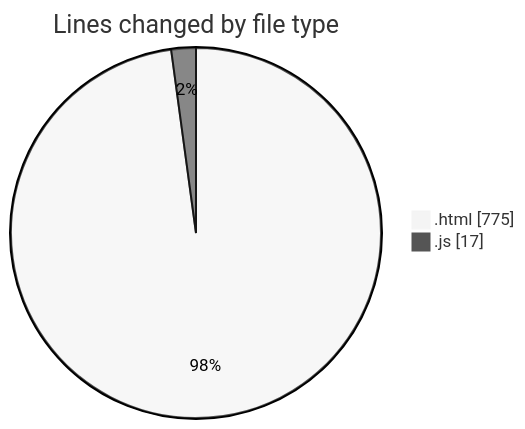
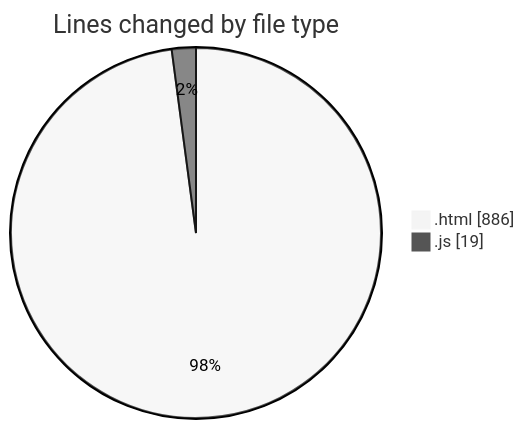
The first of 2 diagrams in 2025-09-13/new_folder/README.md (IJAZ3593/code-tracking), drawn with Mermaid (neutral theme) before and after one commit. The commit also changed other lines of this file and 1 other file, not shown here.

````diff
--- a/2025-09-13/new_folder/README.md
+++ b/2025-09-13/new_folder/README.md
@@ -26,6 +26,6 @@
 ```mermaid
 pie showData
 title Lines changed by file type
-".html" : 775
-".js" : 17
+".html" : 886
+".js" : 19
 ```
````
